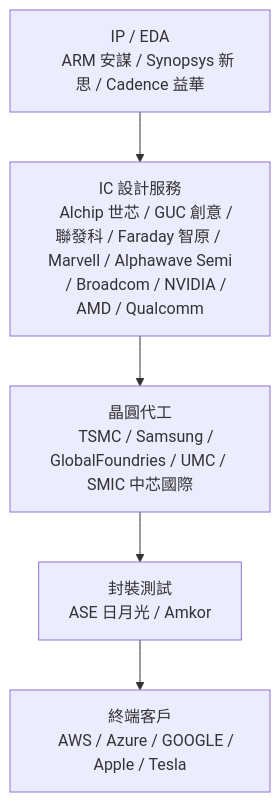
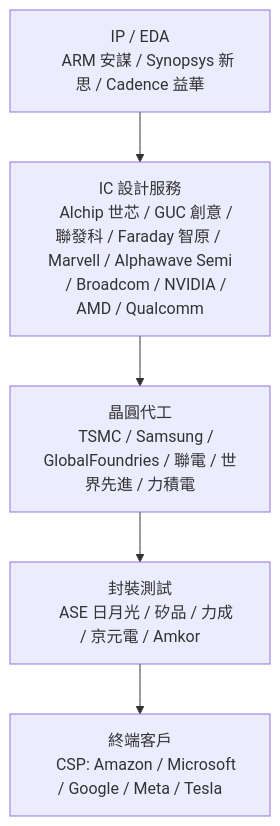
Before and after one commit to CiCicode/asic-compare: the diagram in README.md, drawn with Mermaid.

````diff
--- a/README.md
+++ b/README.md
@@ -13,16 +13,16 @@
 ```mermaid
 flowchart TD
     A["IP / EDA
     ARM 安謀 / Synopsys 新思 / Cadence 益華"]
     B["IC 設計服務
     Alchip 世芯 / GUC 創意 / 聯發科 / Faraday 智原 / Marvell / Alphawave Semi
     / Broadcom / NVIDIA / AMD / Qualcomm"]
     C["晶圓代工
-    TSMC / Samsung / GlobalFoundries / UMC / SMIC 中芯國際"]
+    TSMC / Samsung / GlobalFoundries / 聯電 / 世界先進 / 力積電"]
     D["封裝測試
-    ASE 日月光 / Amkor"]
+    ASE 日月光 / 矽品 / 力成 / 京元電 / Amkor"]
     E["終端客戶
-    AWS / Azure / GOOGLE / Apple / Tesla"]
+    CSP: Amazon / Microsoft / Google / Meta / Tesla"]
 
     A --> B --> C --> D --> E
 ```
````
